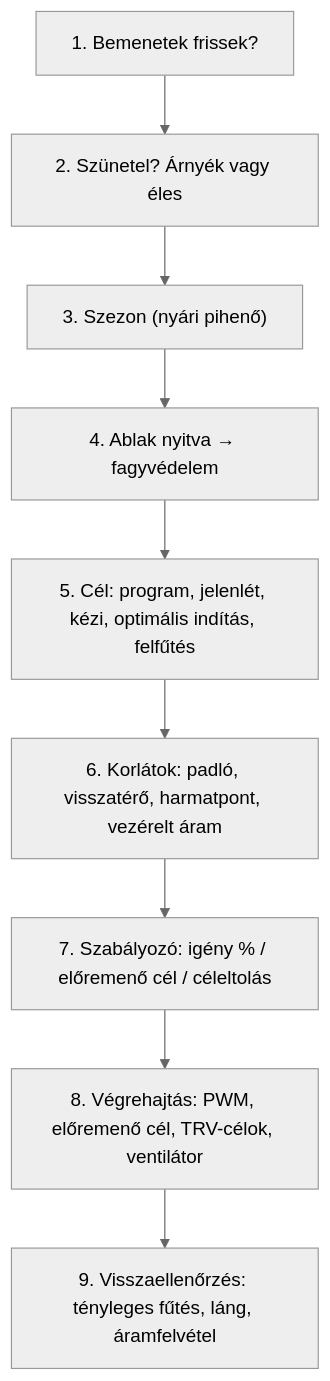
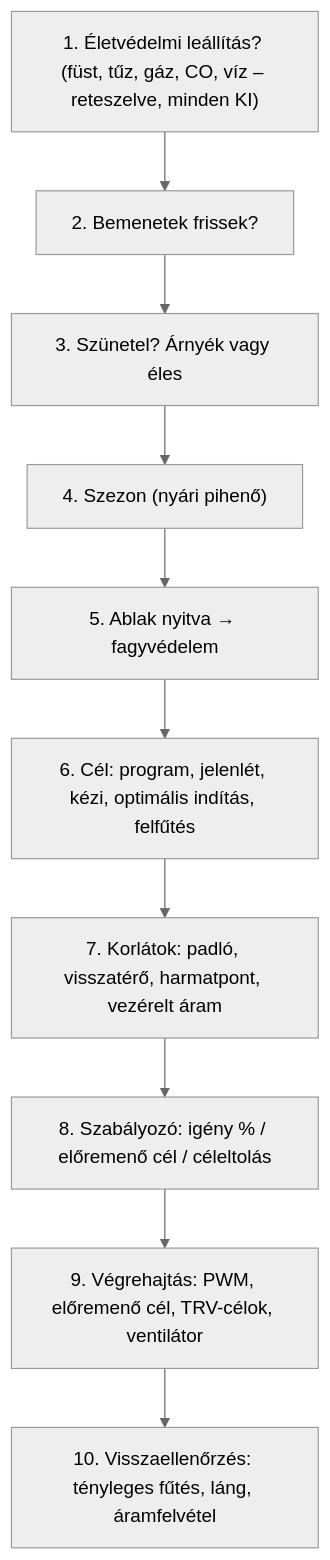
One commit to Gyuszko55/hc-thermostat changed the second of 2 diagrams in DECISION_CHAIN.hu.md. Above: the diagram before and after it, drawn with Mermaid (neutral theme). The commit also changed other lines of this file and 129 other files, not shown here.

````diff
--- a/DECISION_CHAIN.hu.md
+++ b/DECISION_CHAIN.hu.md
@@ -17,12 +17,13 @@
 ```mermaid
 flowchart TD
-  N1["1. Bemenetek frissek?"] --> N2
-  N2["2. Szünetel? Árnyék vagy éles"] --> N3
-  N3["3. Szezon (nyári pihenő)"] --> N4
-  N4["4. Ablak nyitva → fagyvédelem"] --> N5
-  N5["5. Cél: program, jelenlét, kézi, optimális indítás, felfűtés"] --> N6
-  N6["6. Korlátok: padló, visszatérő, harmatpont, vezérelt áram"] --> N7
-  N7["7. Szabályozó: igény % / előremenő cél / céleltolás"] --> N8
-  N8["8. Végrehajtás: PWM, előremenő cél, TRV-célok, ventilátor"] --> N9
-  N9["9. Visszaellenőrzés: tényleges fűtés, láng, áramfelvétel"]
+  N1["1. Életvédelmi leállítás? (füst, tűz, gáz, CO, víz – reteszelve, minden KI)"] --> N2
+  N2["2. Bemenetek frissek?"] --> N3
+  N3["3. Szünetel? Árnyék vagy éles"] --> N4
+  N4["4. Szezon (nyári pihenő)"] --> N5
+  N5["5. Ablak nyitva → fagyvédelem"] --> N6
+  N6["6. Cél: program, jelenlét, kézi, optimális indítás, felfűtés"] --> N7
+  N7["7. Korlátok: padló, visszatérő, harmatpont, vezérelt áram"] --> N8
+  N8["8. Szabályozó: igény % / előremenő cél / céleltolás"] --> N9
+  N9["9. Végrehajtás: PWM, előremenő cél, TRV-célok, ventilátor"] --> N10
+  N10["10. Visszaellenőrzés: tényleges fűtés, láng, áramfelvétel"]
 ```
````
